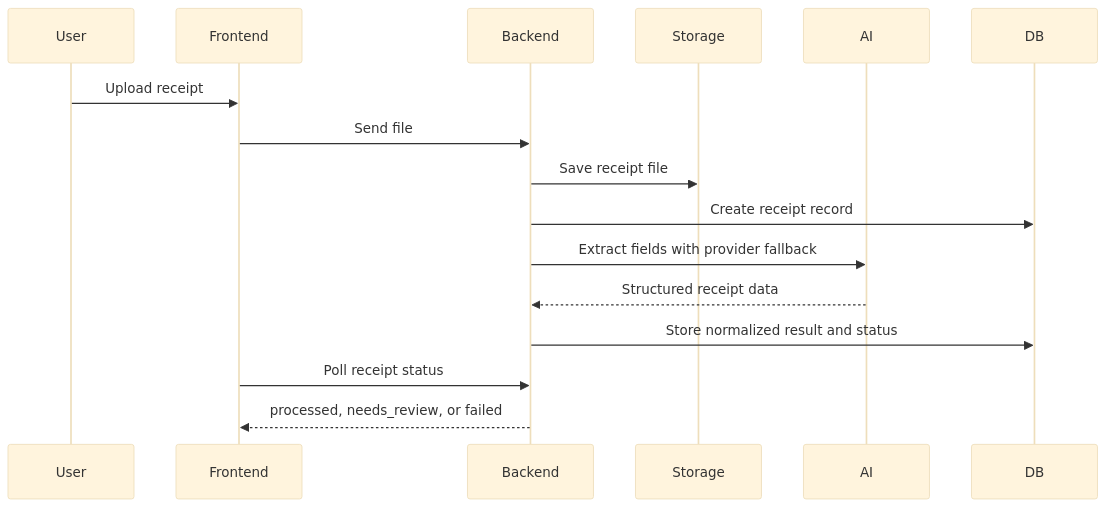
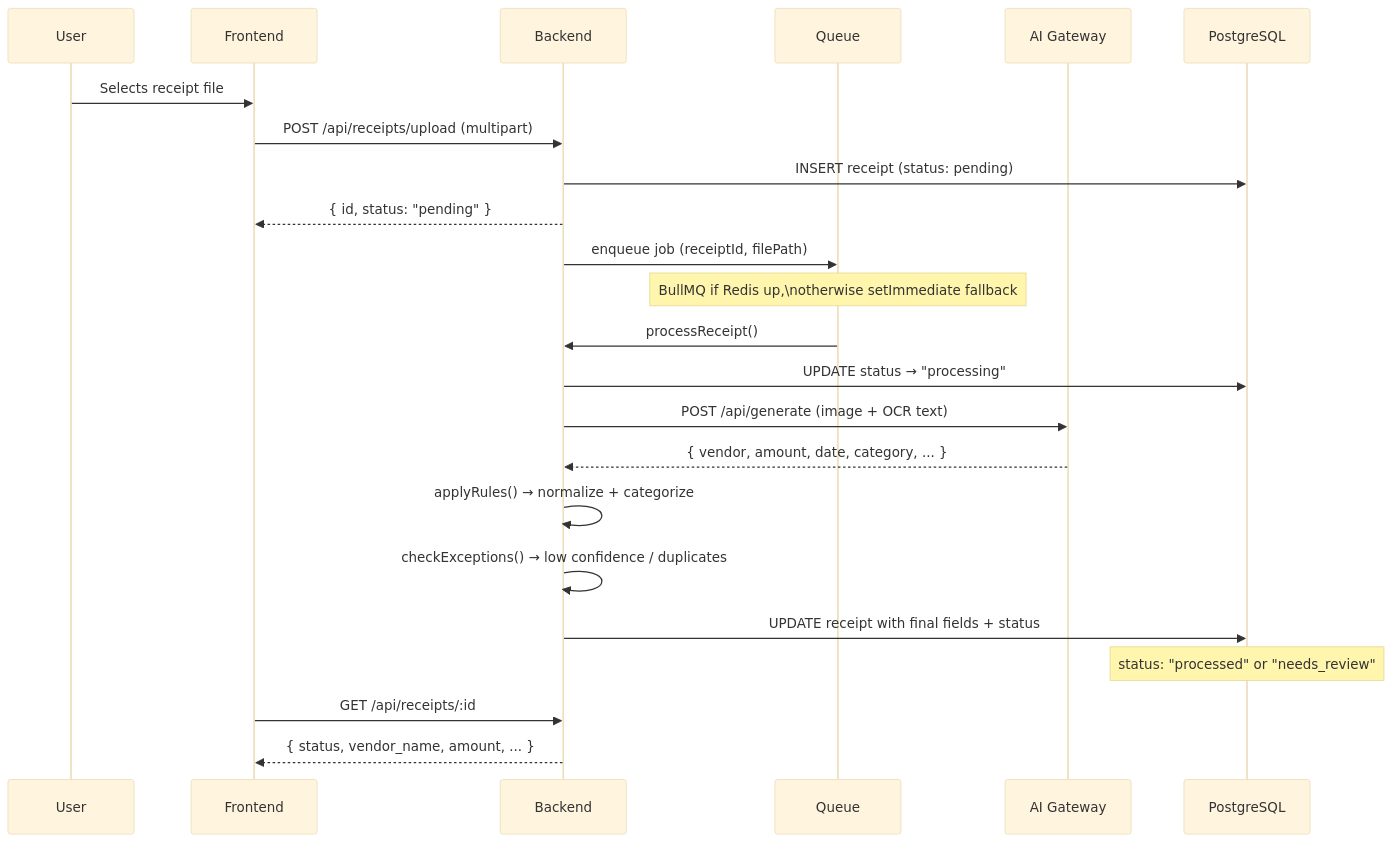
Before and after one commit to dushyant4665/receiptmind: the second of 3 diagrams in README.md, drawn with Mermaid (base theme). The commit also changed other lines of this file, not shown here.

Commit message:
update readme with mermaid flows and api table

````diff
--- a/README.md
+++ b/README.md
@@ -14,19 +35,29 @@
 ```mermaid
 sequenceDiagram
-    participant User
-    participant Frontend
-    participant Backend
-    participant Storage
-    participant AI
-    participant DB
+    participant U as User
+    participant FE as Frontend
+    participant BE as Backend
+    participant Q as Queue
+    participant AI as AI Gateway
+    participant DB as PostgreSQL
 
-    User->>Frontend: Upload receipt
-    Frontend->>Backend: Send file
-    Backend->>Storage: Save receipt file
-    Backend->>DB: Create receipt record
-    Backend->>AI: Extract fields with provider fallback
-    AI-->>Backend: Structured receipt data
-    Backend->>DB: Store normalized result and status
-    Frontend->>Backend: Poll receipt status
-    Backend-->>Frontend: processed, needs_review, or failed
+    U->>FE: Selects receipt file
+    FE->>BE: POST /api/receipts/upload (multipart)
+    BE->>DB: INSERT receipt (status: pending)
+    BE-->>FE: { id, status: "pending" }
+
+    BE->>Q: enqueue job (receiptId, filePath)
+    Note over Q: BullMQ if Redis up,\notherwise setImmediate fallback
+
+    Q->>BE: processReceipt()
+    BE->>DB: UPDATE status → "processing"
+    BE->>AI: POST /api/generate (image + OCR text)
+    AI-->>BE: { vendor, amount, date, category, ... }
+    BE->>BE: applyRules() → normalize + categorize
+    BE->>BE: checkExceptions() → low confidence / duplicates
+    BE->>DB: UPDATE receipt with final fields + status
+    Note over DB: status: "processed" or "needs_review"
+
+    FE->>BE: GET /api/receipts/:id
+    BE-->>FE: { status, vendor_name, amount, ... }
 ```
````
